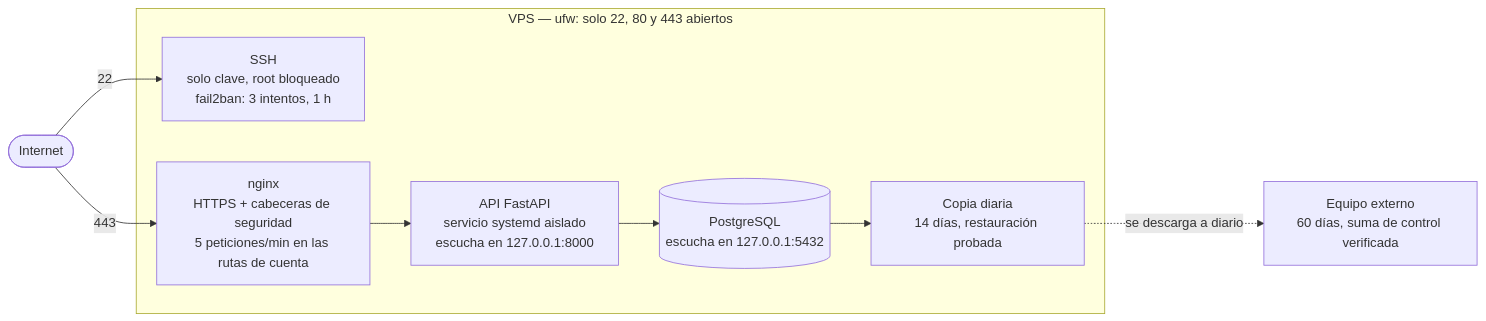
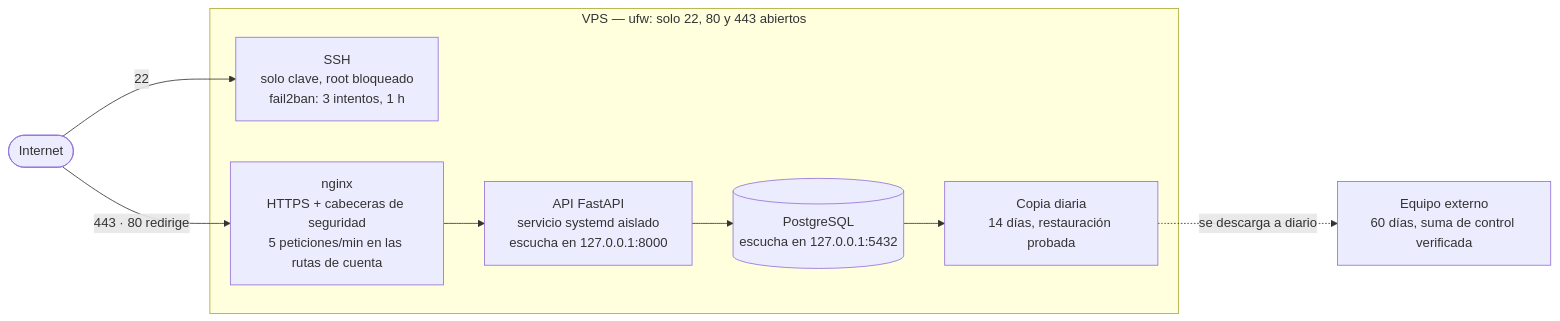
Before and after one commit to driandel/vps-hardening-ubuntu: the diagram in README.md, drawn with Mermaid.

Commit message:
Precisa en el diagrama que el 80 tambien recibe trafico

````diff
--- a/README.md
+++ b/README.md
@@ -19,21 +19,21 @@
 ```mermaid
 flowchart LR
   net([Internet])
 
   subgraph vps["VPS — ufw: solo 22, 80 y 443 abiertos"]
     ssh["SSH<br/>solo clave, root bloqueado<br/>fail2ban: 3 intentos, 1 h"]
     ngx["nginx<br/>HTTPS + cabeceras de seguridad<br/>5 peticiones/min en las rutas de cuenta"]
     api["API FastAPI<br/>servicio systemd aislado<br/>escucha en 127.0.0.1:8000"]
     db[("PostgreSQL<br/>escucha en 127.0.0.1:5432")]
     bak["Copia diaria<br/>14 días, restauración probada"]
   end
 
   pc["Equipo externo<br/>60 días, suma de control verificada"]
 
-  net -->|443| ngx
+  net -->|"443 · 80 redirige"| ngx
   net -->|22| ssh
   ngx --> api
   api --> db
   db --> bak
   bak -.->|"se descarga a diario"| pc
 ```
````
